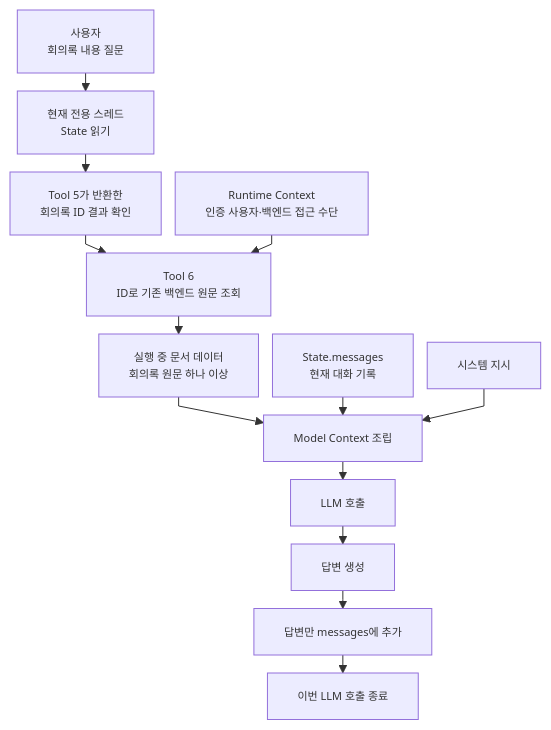
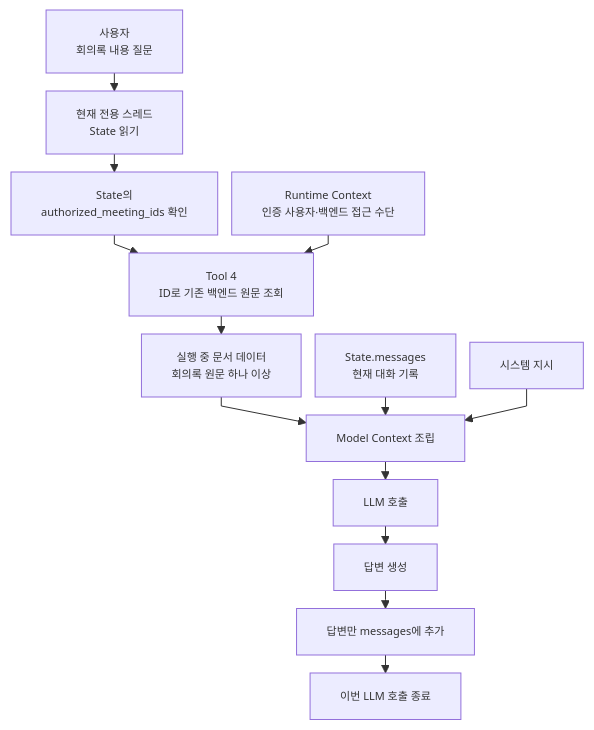
One commit to ericyum/Obsidian changed the diagram in ZENAI/에이전트 설계/회의록 에이전트 설계/3. 회의록 에이전트의 컨텍스트 구조.md. Above: the diagram before and after it, drawn with Mermaid. The commit also changed other lines of this file and 11 other files, not shown here.

````diff
--- a/ZENAI/에이전트 설계/회의록 에이전트 설계/3. 회의록 에이전트의 컨텍스트 구조.md
+++ b/ZENAI/에이전트 설계/회의록 에이전트 설계/3. 회의록 에이전트의 컨텍스트 구조.md
@@ -153,18 +153,18 @@
 ```mermaid
 %%{init: {"flowchart": {"useMaxWidth": true, "nodeSpacing": 14, "rankSpacing": 18, "curve": "linear"}, "themeVariables": {"fontSize": "11px"}}}%%
 flowchart TB
     Q["사용자<br/>회의록 내용 질문"] --> S["현재 전용 스레드<br/>State 읽기"]
-    S --> ID["Tool 5가 반환한<br/>회의록 ID 결과 확인"]
-    ID --> T6["Tool 6<br/>ID로 기존 백엔드 원문 조회"]
-    RT["Runtime Context<br/>인증 사용자·백엔드 접근 수단"] --> T6
-    T6 --> D["실행 중 문서 데이터<br/>회의록 원문 하나 이상"]
+    S --> ID["State의<br/>authorized_meeting_ids 확인"]
+    ID --> T4["Tool 4<br/>ID로 기존 백엔드 원문 조회"]
+    RT["Runtime Context<br/>인증 사용자·백엔드 접근 수단"] --> T4
+    T4 --> D["실행 중 문서 데이터<br/>회의록 원문 하나 이상"]
 
     D --> B["Model Context 조립"]
     M["State.messages<br/>현재 대화 기록"] --> B
     I["시스템 지시"] --> B
 
     B --> L["LLM 호출"]
     L --> A["답변 생성"]
     A --> W["답변만 messages에 추가"]
     W --> E["이번 LLM 호출 종료"]
 ```
````
